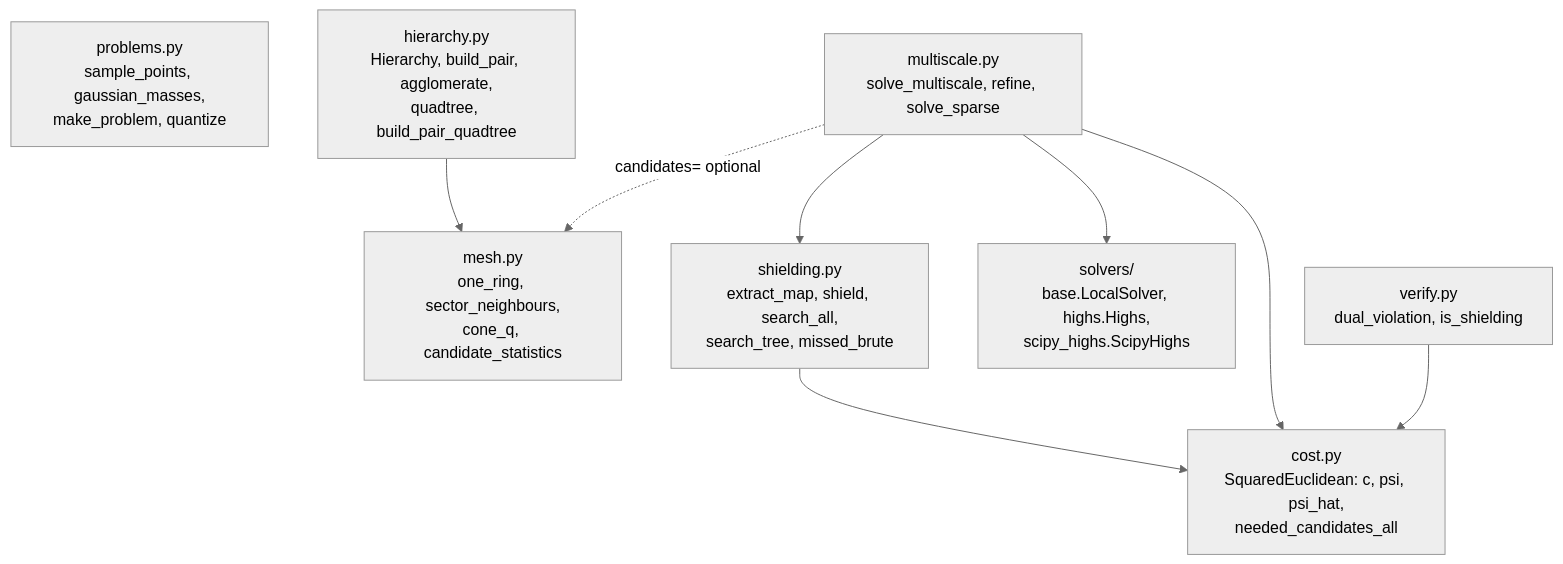
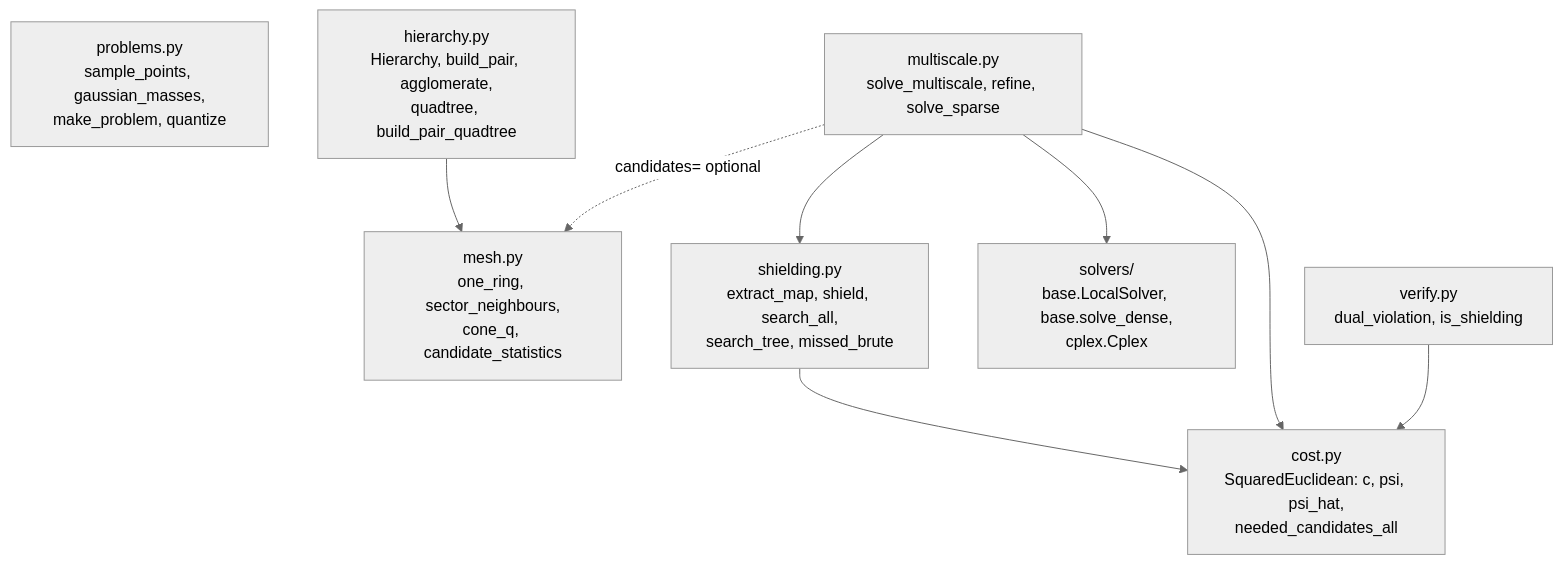
The second of 8 diagrams in docs/flowchart.md (BenediktKaltenbach/multiscale_dicrete_ot), drawn with Mermaid (neutral theme) before and after one commit. The commit also changed other lines of this file and 20 other files, not shown here.

First line of the commit message:
Remove HiGHS; CPLEX network optimizer is the only solver

````diff
--- a/docs/flowchart.md
+++ b/docs/flowchart.md
@@ -18,19 +18,19 @@
 ```mermaid
 flowchart TB
     problems["problems.py<br/>sample_points, gaussian_masses,<br/>make_problem, quantize"]
     hierarchy["hierarchy.py<br/>Hierarchy, build_pair, agglomerate,<br/>quadtree, build_pair_quadtree"]
     mesh["mesh.py<br/>one_ring, sector_neighbours,<br/>cone_q, candidate_statistics"]
     cost["cost.py<br/>SquaredEuclidean: c, psi, psi_hat,<br/>needed_candidates_all"]
     shielding["shielding.py<br/>extract_map, shield, search_all,<br/>search_tree, missed_brute"]
     multiscale["multiscale.py<br/>solve_multiscale, refine, solve_sparse"]
-    solvers["solvers/<br/>base.LocalSolver, highs.Highs,<br/>scipy_highs.ScipyHighs"]
+    solvers["solvers/<br/>base.LocalSolver, base.solve_dense,<br/>cplex.Cplex"]
     verify["verify.py<br/>dual_violation, is_shielding"]
 
     hierarchy --> mesh
     multiscale --> shielding
     multiscale --> solvers
     multiscale -. "candidates= optional" .-> mesh
     shielding --> cost
     multiscale --> cost
     verify --> cost
 ```
````
